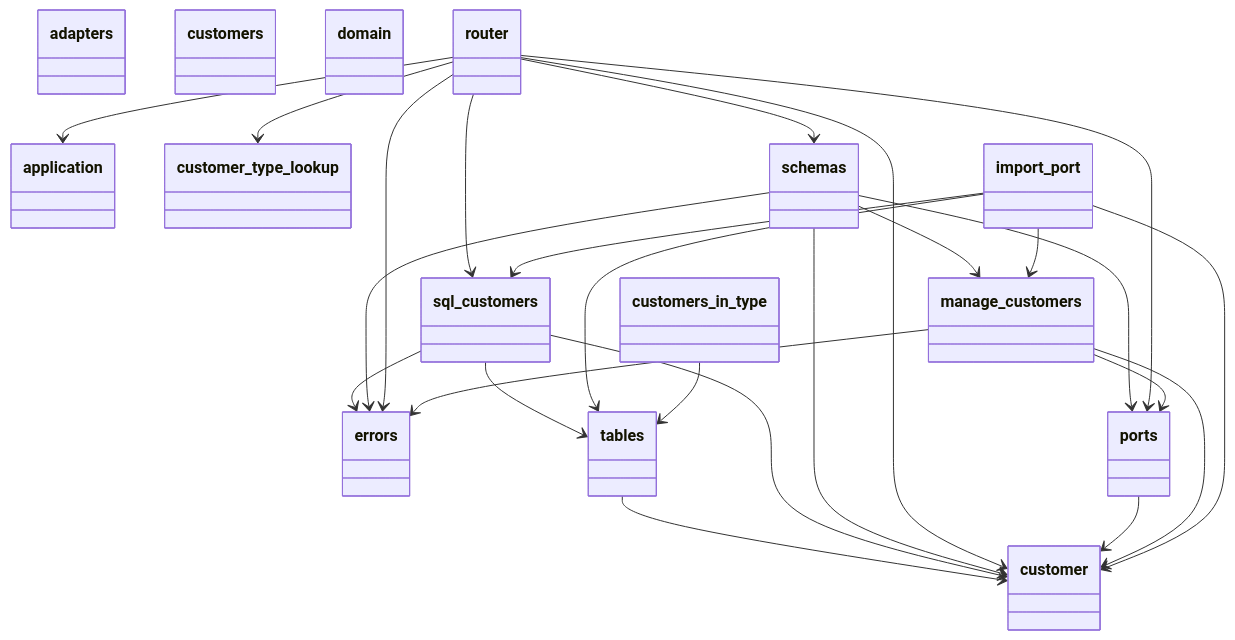
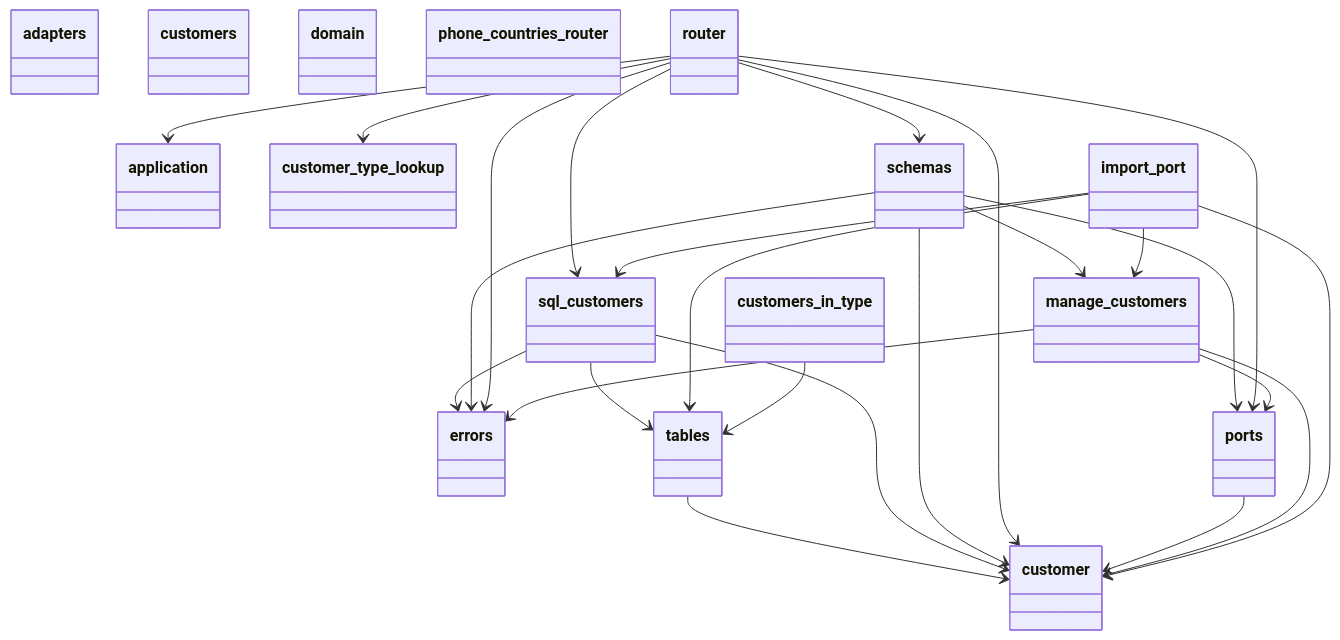
One commit to GonzaloZevallos/apostrophe changed the first of 4 diagrams in docs/architecture/generated/classes/customers.md. Above: the diagram before and after it, drawn with Mermaid. The commit also changed other lines of this file and 14 other files, not shown here.

First line of the commit message:
Serve phone_display and GET /phone-countries from the shared table

````diff
--- a/docs/architecture/generated/classes/customers.md
+++ b/docs/architecture/generated/classes/customers.md
@@ -7,57 +7,59 @@
 ```mermaid
 classDiagram
   class adapters {
   }
   class application {
   }
   class customer {
   }
   class customer_type_lookup {
   }
   class customers {
   }
   class customers_in_type {
   }
   class domain {
   }
   class errors {
   }
   class import_port {
   }
   class manage_customers {
+  }
+  class phone_countries_router {
   }
   class ports {
   }
   class router {
   }
   class schemas {
   }
   class sql_customers {
   }
   class tables {
   }
   customers_in_type --> tables
   import_port --> customer
   import_port --> manage_customers
   import_port --> sql_customers
   import_port --> tables
   manage_customers --> customer
   manage_customers --> errors
   manage_customers --> ports
   ports --> customer
   router --> application
   router --> customer
   router --> customer_type_lookup
   router --> errors
   router --> ports
   router --> schemas
   router --> sql_customers
   schemas --> customer
   schemas --> errors
   schemas --> manage_customers
   schemas --> ports
   sql_customers --> customer
   sql_customers --> errors
   sql_customers --> tables
   tables --> customer
 ```
````
